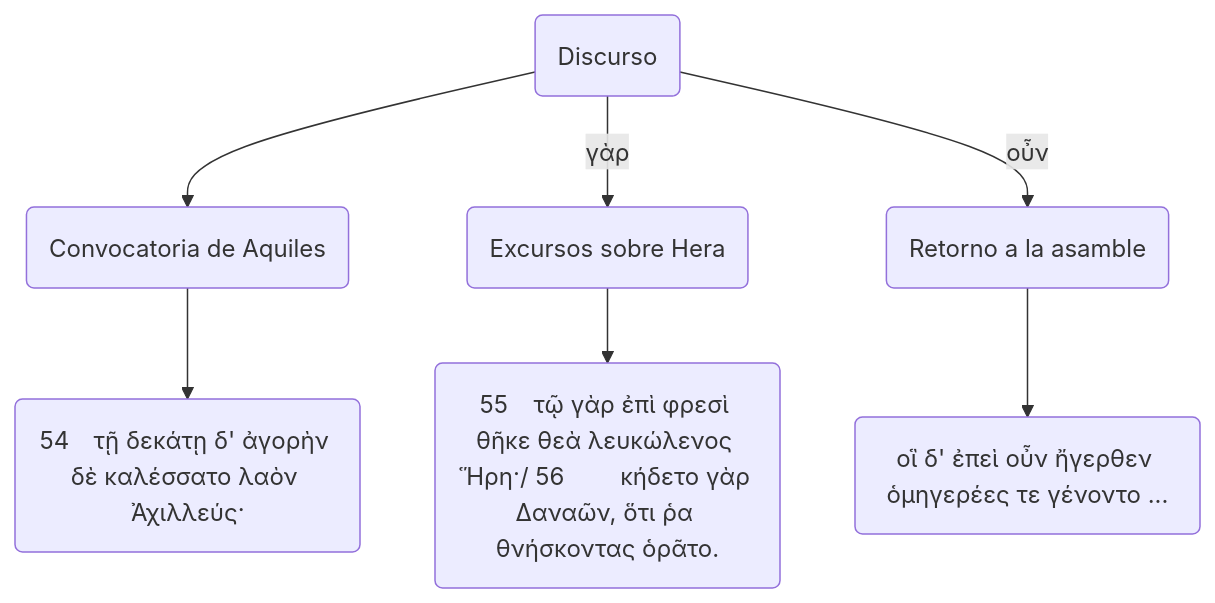
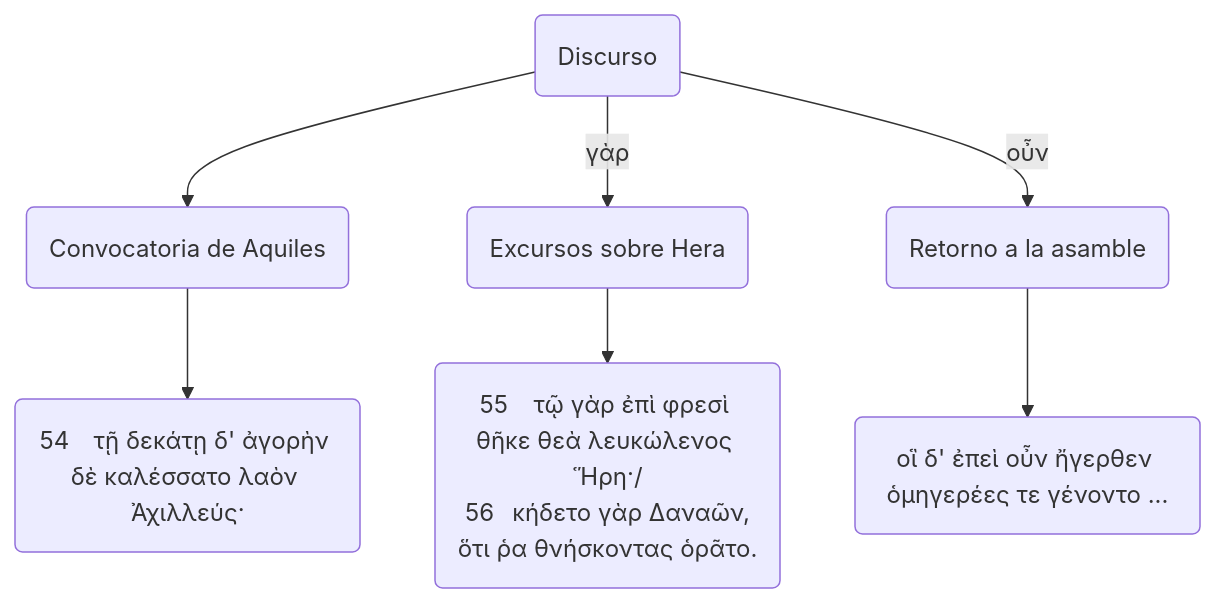
Before and after one commit to pajaro1966/Asignaturas: the fourth of 6 diagrams in docs/textos.md, drawn with Mermaid. The commit also changed other lines of this file and 10 other files, not shown here.

````diff
--- a/docs/textos.md
+++ b/docs/textos.md
@@ -333,10 +333,10 @@
 ```mermaid
 
 graph TB
 
 A("Discurso")
 A-->B("Convocatoria de Aquiles")-->B1("54	τῇ δεκάτῃ δ' ἀγορὴν δὲ καλέσσατο λαὸν Ἀχιλλεύς·")
-A-->|"γὰρ"|C(Excursos sobre Hera)-->C1("55	τῷ γὰρ ἐπὶ φρεσὶ θῆκε θεὰ λευκώλενος Ἥρη·/ 56	κήδετο γὰρ Δαναῶν, ὅτι ῥα θνήσκοντας ὁρᾶτο.")
+A-->|"γὰρ"|C(Excursos sobre Hera)-->C1("55	τῷ γὰρ ἐπὶ φρεσὶ θῆκε θεὰ λευκώλενος Ἥρη·/<br> 56	κήδετο γὰρ Δαναῶν, ὅτι ῥα θνήσκοντας ὁρᾶτο.")
 A-->|"οὖν"|D("Retorno a la asamble")-->D1("οἳ δ' ἐπεὶ οὖν ἤγερθεν ὁμηγερέες τε γένοντο ...")
 
 ```
````
